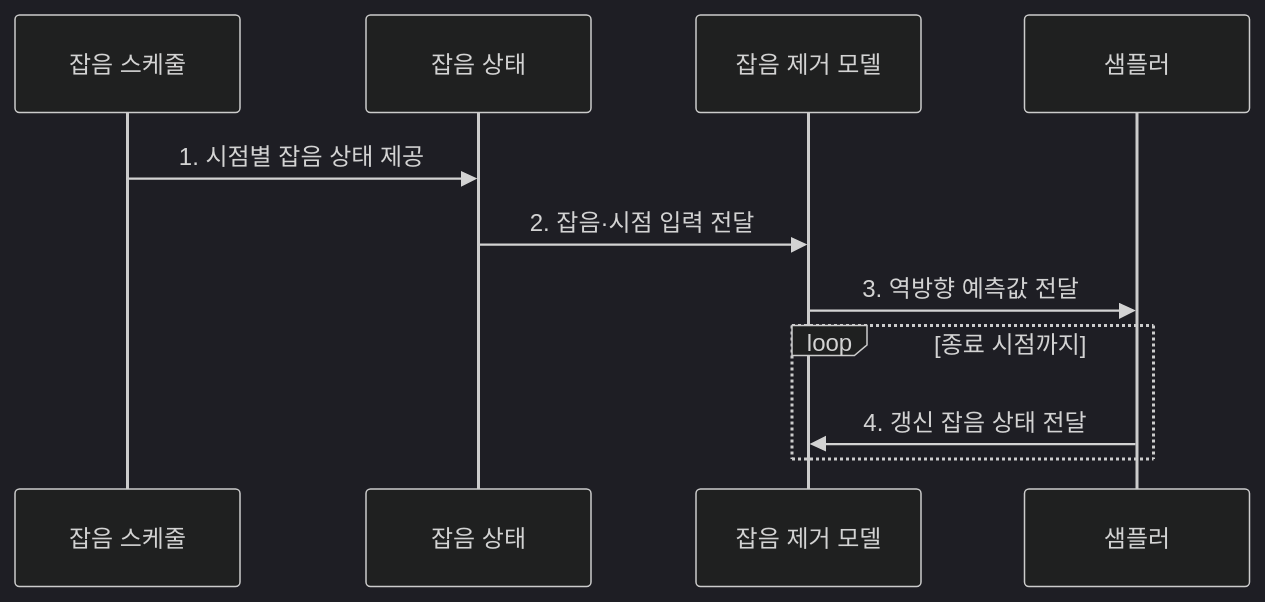
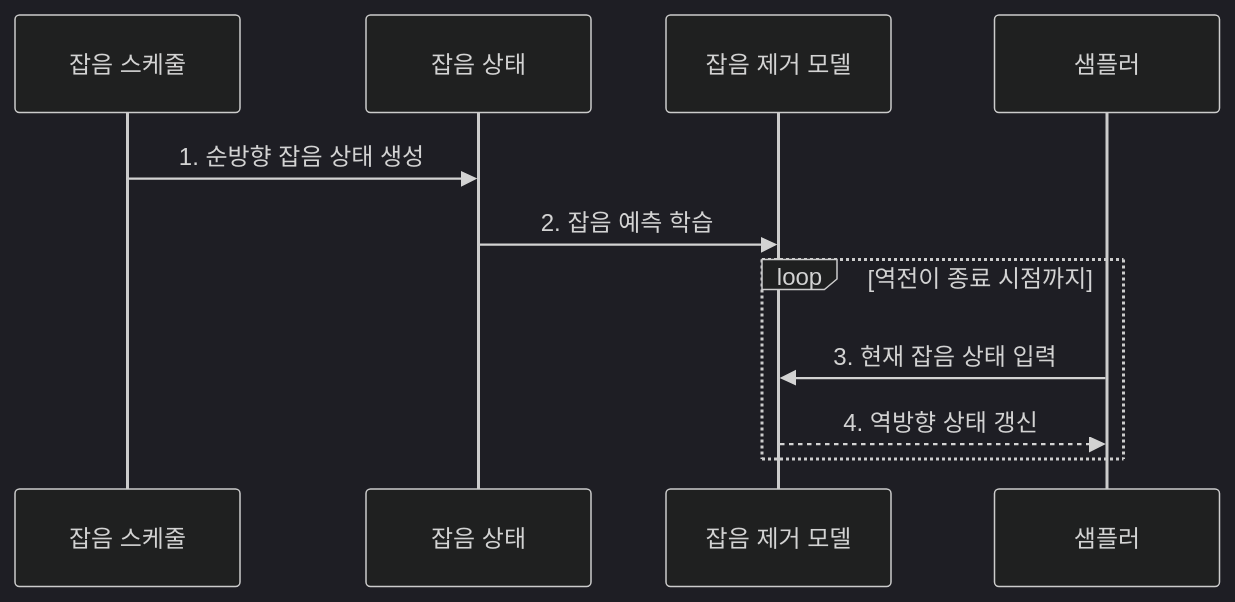
One commit to agnusdei1207/knowledge-base changed the second of 2 diagrams in src/content/docs/notes/08-latest-tech/090_diffusion_model.md. Above: the diagram before and after it, drawn with Mermaid (dark theme). The commit also changed other lines of this file and 225 other files, not shown here.

````diff
--- a/src/content/docs/notes/08-latest-tech/090_diffusion_model.md
+++ b/src/content/docs/notes/08-latest-tech/090_diffusion_model.md
@@ -77,13 +77,13 @@
 ```mermaid
 sequenceDiagram
     participant S as 잡음 스케줄
     participant X as 잡음 상태
     participant D as 잡음 제거 모델
     participant P as 샘플러
-    S->>X: 1. 시점별 잡음 상태 제공
-    X->>D: 2. 잡음·시점 입력 전달
-    D->>P: 3. 역방향 예측값 전달
-    loop 종료 시점까지
-        P->>D: 4. 갱신 잡음 상태 전달
+    S->>X: 1. 순방향 잡음 상태 생성
+    X->>D: 2. 잡음 예측 학습
+    loop 역전이 종료 시점까지
+        P->>D: 3. 현재 잡음 상태 입력
+        D-->>P: 4. 역방향 상태 갱신
     end
 ```
````
